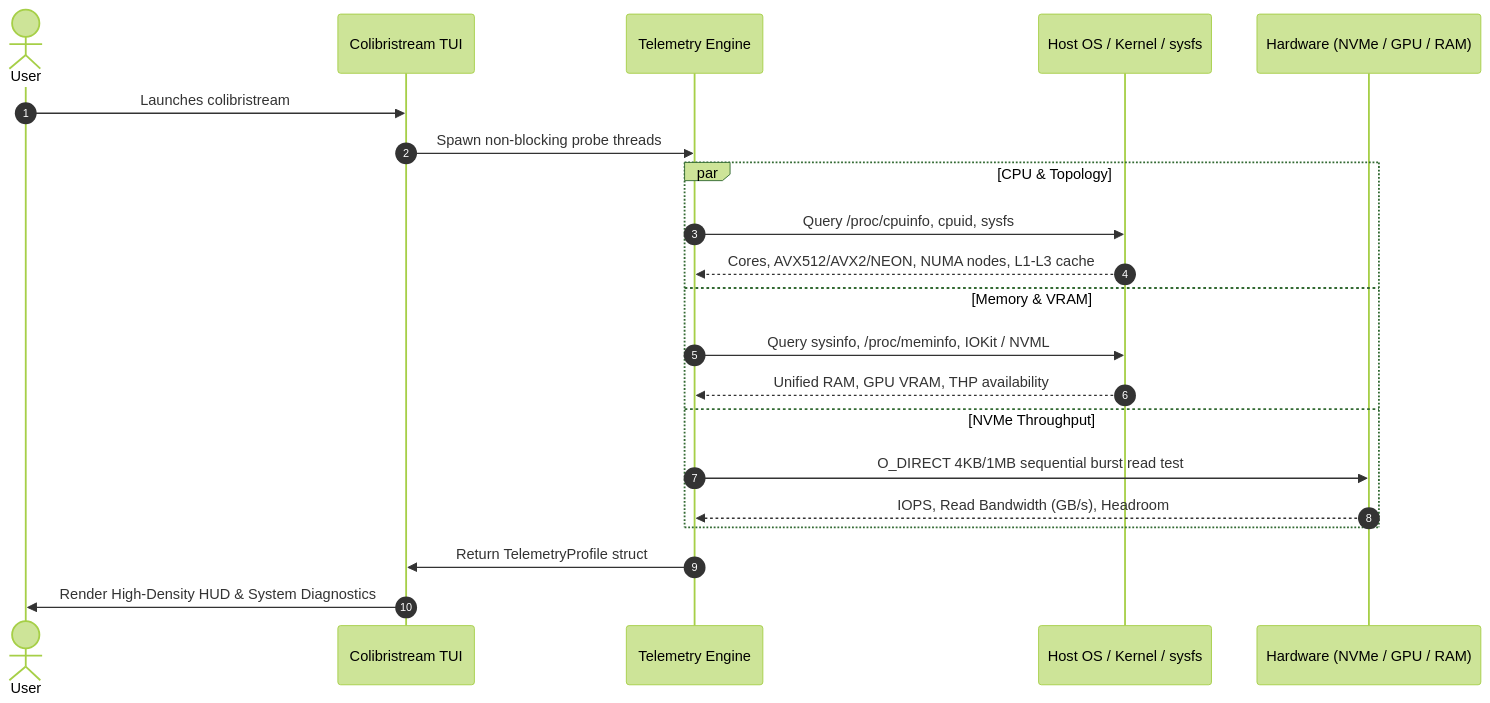
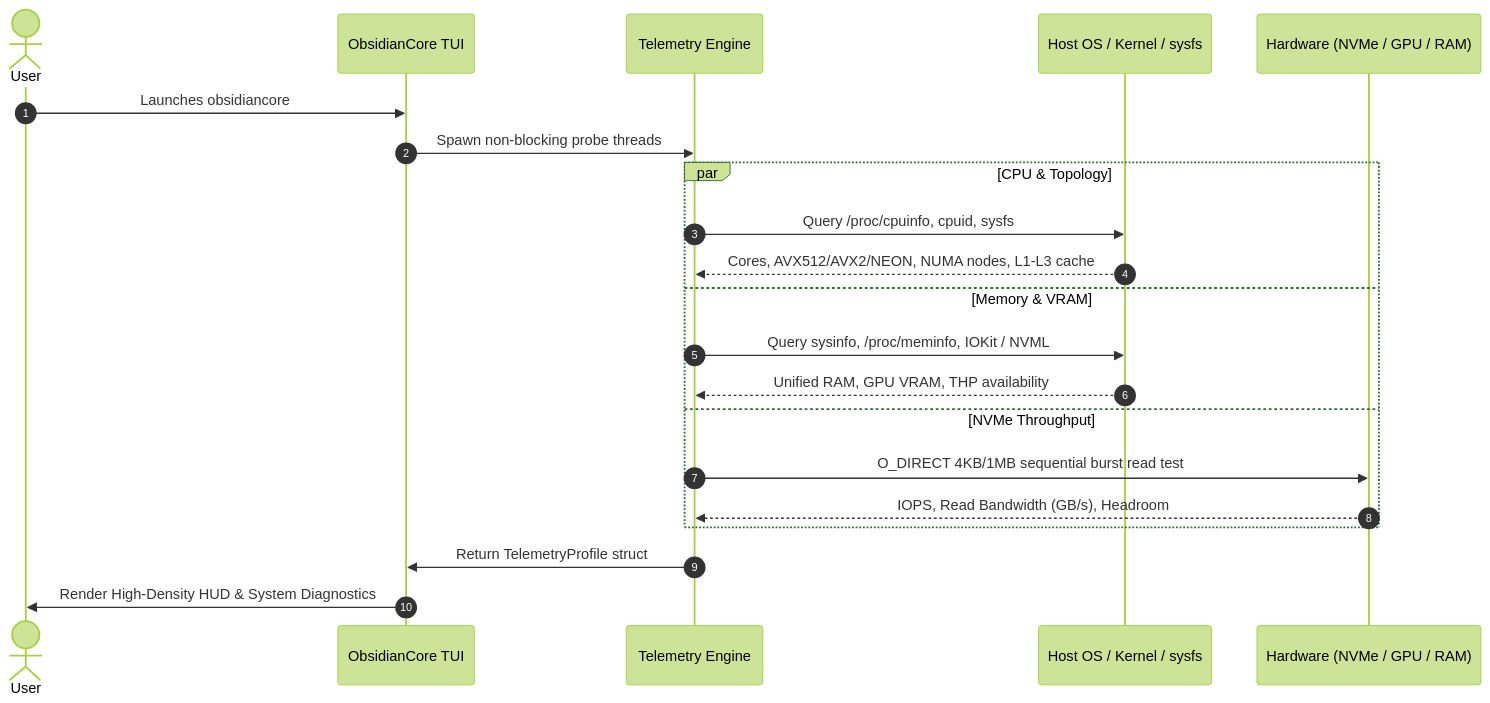
One commit to joinvilloic57-arch/ColibriStream changed the third of 5 diagrams in README.md. Above: the diagram before and after it, drawn with Mermaid (forest theme). The commit also changed other lines of this file and 20 other files, not shown here.

Commit message:
feat(rebrand): ObsidianCore rebranding, Gemini/Copilot-style interactive TUI, and dual swarm response cards

````diff
--- a/README.md
+++ b/README.md
@@ -115,24 +115,24 @@
 ```mermaid
 sequenceDiagram
     autonumber
     actor User
-    participant CLI as Colibristream TUI
+    participant CLI as ObsidianCore TUI
     participant Probe as Telemetry Engine
     participant OS as Host OS / Kernel / sysfs
     participant HW as Hardware (NVMe / GPU / RAM)
 
-    User->>CLI: Launches colibristream
+    User->>CLI: Launches obsidiancore
     CLI->>Probe: Spawn non-blocking probe threads
     par CPU & Topology
         Probe->>OS: Query /proc/cpuinfo, cpuid, sysfs
         OS-->>Probe: Cores, AVX512/AVX2/NEON, NUMA nodes, L1-L3 cache
     and Memory & VRAM
         Probe->>OS: Query sysinfo, /proc/meminfo, IOKit / NVML
         OS-->>Probe: Unified RAM, GPU VRAM, THP availability
     and NVMe Throughput
         Probe->>HW: O_DIRECT 4KB/1MB sequential burst read test
         HW-->>Probe: IOPS, Read Bandwidth (GB/s), Headroom
     end
     Probe->>CLI: Return TelemetryProfile struct
     CLI->>User: Render High-Density HUD & System Diagnostics
 ```
````
